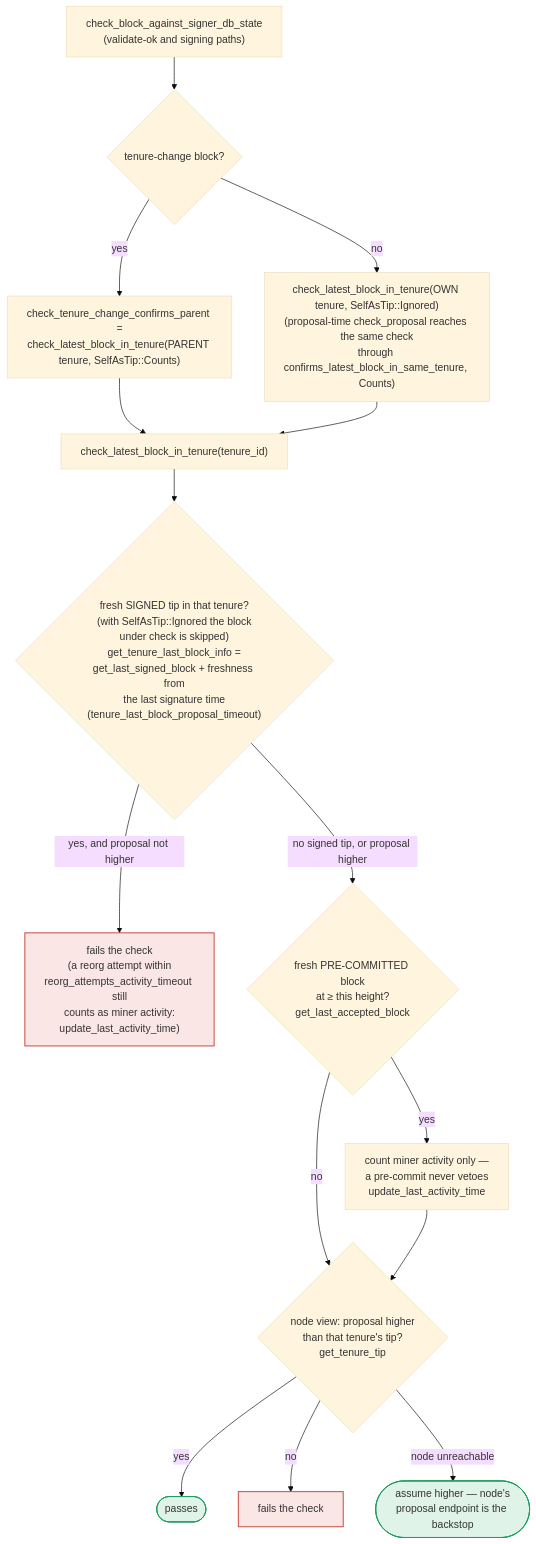
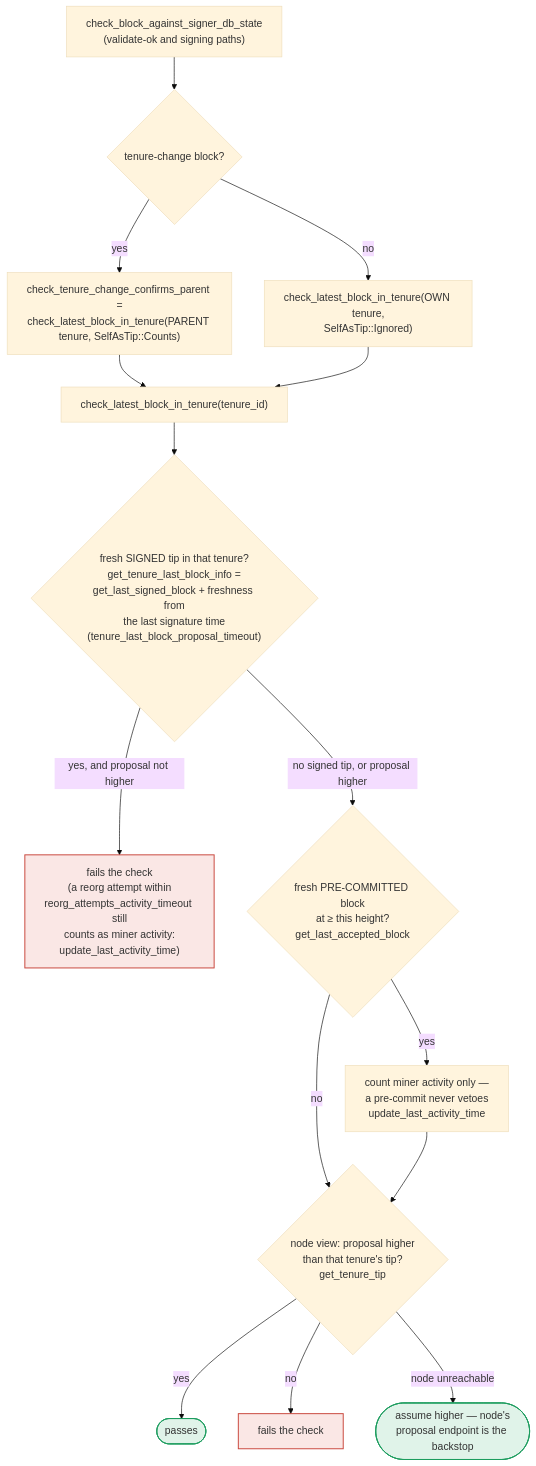
The eighth of 9 diagrams in docs/signer-flows.md (stacks-network/stacks-core), drawn with Mermaid (base theme) before and after one commit. The commit also changed other lines of this file and 6 other files, not shown here.

Commit message:
fix(signer): exclude the block under check in the signed-tip query, not after LIMIT 1

````diff
--- a/docs/signer-flows.md
+++ b/docs/signer-flows.md
@@ -472,19 +446,19 @@
 ```mermaid
 flowchart TB
     IN["check_block_against_signer_db_state<br/>(validate-ok and signing paths)"] --> TC{"tenure-change block?"}
     TC -- yes --> PARENT["check_tenure_change_confirms_parent =<br/>check_latest_block_in_tenure(PARENT tenure, SelfAsTip::Counts)"]
-    TC -- no --> SAME["check_latest_block_in_tenure(OWN tenure, SelfAsTip::Ignored)<br/>(proposal-time check_proposal reaches the same check<br/>through confirms_latest_block_in_same_tenure, Counts)"]
+    TC -- no --> SAME["check_latest_block_in_tenure(OWN tenure,<br/>SelfAsTip::Ignored)"]
     PARENT --> CLB
     SAME --> CLB["check_latest_block_in_tenure(tenure_id)"]
-    CLB --> LSB{"fresh SIGNED tip in that tenure?<br/>(with SelfAsTip::Ignored the block<br/>under check is skipped)<br/>get_tenure_last_block_info =<br/>get_last_signed_block + freshness from<br/>the last signature time<br/>(tenure_last_block_proposal_timeout)"}
+    CLB --> LSB{"fresh SIGNED tip in that tenure?<br/>get_tenure_last_block_info =<br/>get_last_signed_block + freshness from<br/>the last signature time<br/>(tenure_last_block_proposal_timeout)"}
     LSB -- "yes, and proposal not higher" --> RA["fails the check<br/>(a reorg attempt within<br/>reorg_attempts_activity_timeout still<br/>counts as miner activity:<br/>update_last_activity_time)"]:::bad
     LSB -- "no signed tip, or proposal higher" --> CARVE{"fresh PRE-COMMITTED block<br/>at ≥ this height?<br/>get_last_accepted_block"}
     CARVE -- yes --> ACT["count miner activity only —<br/>a pre-commit never vetoes<br/>update_last_activity_time"]
     CARVE -- no --> NODE
     ACT --> NODE{"node view: proposal higher<br/>than that tenure's tip?<br/>get_tenure_tip"}
     NODE -- yes --> OK(["passes"]):::good
     NODE -- no --> RB["fails the check"]:::bad
     NODE -- "node unreachable" --> OK2(["assume higher — node's<br/>proposal endpoint is the backstop"]):::good
     classDef good fill:#17a45c22,stroke:#1d9d5f,stroke-width:1.5px;
     classDef bad fill:#d84a3f22,stroke:#c9473d,stroke-width:1.5px;
 ```
````
